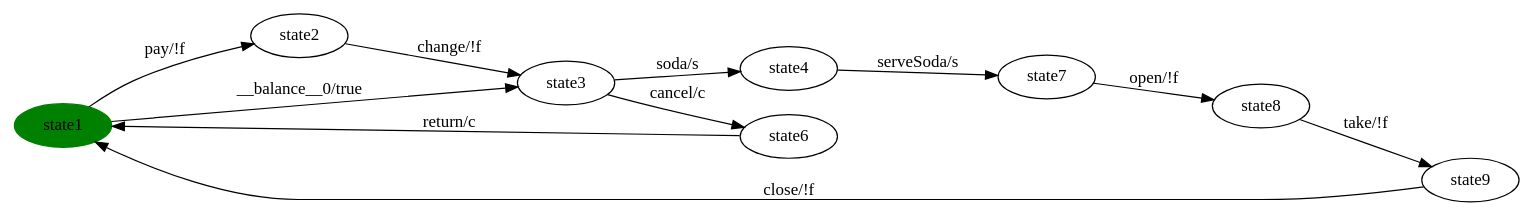
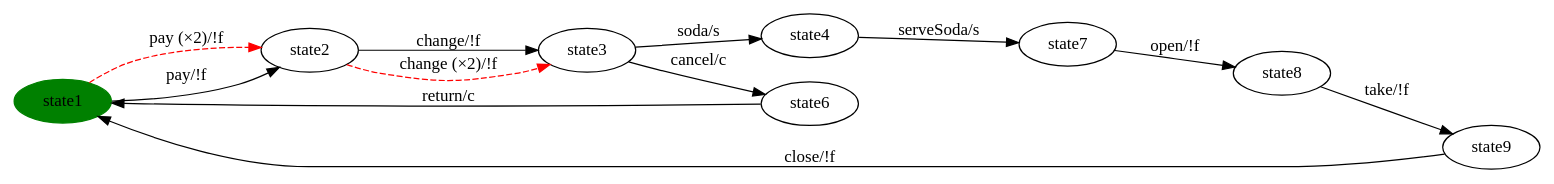
One commit to dilekozturk93/vibes changed the diagram in milestone-reports/full-pipeline-walkthrough/SVM/SVM-step4-balanced.dot. Above: the diagram before and after it, drawn with Graphviz. The commit also changed 36 other files, not shown here.

```diff
--- a/milestone-reports/full-pipeline-walkthrough/SVM/SVM-step4-balanced.dot
+++ b/milestone-reports/full-pipeline-walkthrough/SVM/SVM-step4-balanced.dot
@@ -1,21 +1,22 @@
 digraph G {
 rankdir=LR;
 state0[ label = "state1", style=filled, color=green ];
 state1 [ label = "state9" ];
+state2 [ label = "state6" ];
+state3 [ label = "state8" ];
+state4 [ label = "state7" ];
+state5 [ label = "state2" ];
+state6 [ label = "state4" ];
+state7 [ label = "state3" ];
 state1 -> state0 [ label=" close/!f " ];
-state2 [ label = "state6" ];
+state6 -> state4 [ label=" serveSoda/s " ];
+state0 -> state5 [ label=" pay (×2)/!f ", style=dashed, color=red ];
+state5 -> state7 [ label=" change/!f " ];
+state3 -> state1 [ label=" take/!f " ];
+state0 -> state5 [ label=" pay/!f " ];
+state7 -> state2 [ label=" cancel/c " ];
+state4 -> state3 [ label=" open/!f " ];
+state5 -> state7 [ label=" change (×2)/!f ", style=dashed, color=red ];
 state2 -> state0 [ label=" return/c " ];
-state3 [ label = "state8" ];
-state3 -> state1 [ label=" take/!f " ];
-state4 [ label = "state7" ];
-state4 -> state3 [ label=" open/!f " ];
-state5 [ label = "state2" ];
-state5 -> state6 [ label=" change/!f " ];
-state0 -> state5 [ label=" pay/!f " ];
-state0 -> state6 [ label=" __balance__0/true " ];
-state7 [ label = "state4" ];
-state7 -> state4 [ label=" serveSoda/s " ];
-state6 [ label = "state3" ];
-state6 -> state2 [ label=" cancel/c " ];
-state6 -> state7 [ label=" soda/s " ];
+state7 -> state6 [ label=" soda/s " ];
 }
```
